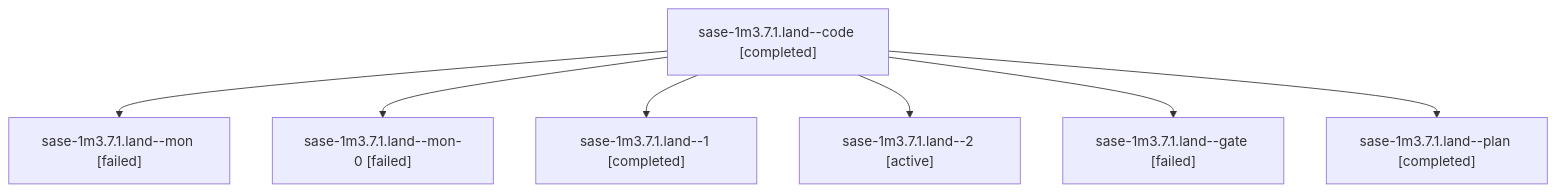
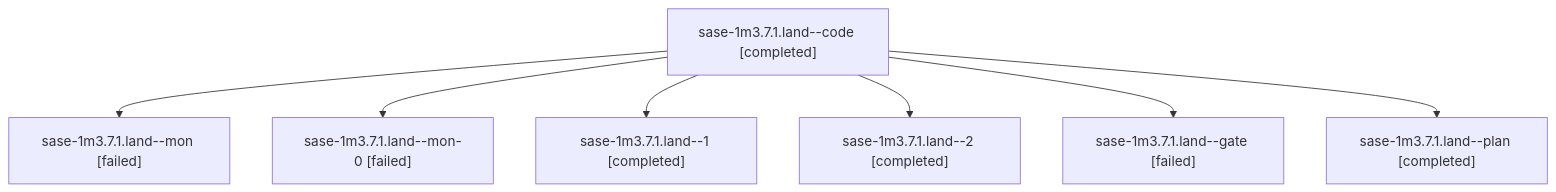
The diagram in sessions/bbugyi200.apollo.sase-1m3.7.1.land.md (sase-org/sase--agents), drawn with Mermaid before and after one commit. The commit also changed other lines of this file and 102 other files, not shown here.

````diff
--- a/sessions/bbugyi200.apollo.sase-1m3.7.1.land.md
+++ b/sessions/bbugyi200.apollo.sase-1m3.7.1.land.md
@@ -9,16 +9,16 @@
 ```mermaid
 flowchart TD
   n0["sase-1m3.7.1.land--code [completed]"]
   n1["sase-1m3.7.1.land--mon [failed]"]
   n0 --> n1
   n2["sase-1m3.7.1.land--mon-0 [failed]"]
   n0 --> n2
   n3["sase-1m3.7.1.land--1 [completed]"]
   n0 --> n3
-  n4["sase-1m3.7.1.land--2 [active]"]
+  n4["sase-1m3.7.1.land--2 [completed]"]
   n0 --> n4
   n5["sase-1m3.7.1.land--gate [failed]"]
   n0 --> n5
   n6["sase-1m3.7.1.land--plan [completed]"]
   n0 --> n6
 ```
````
